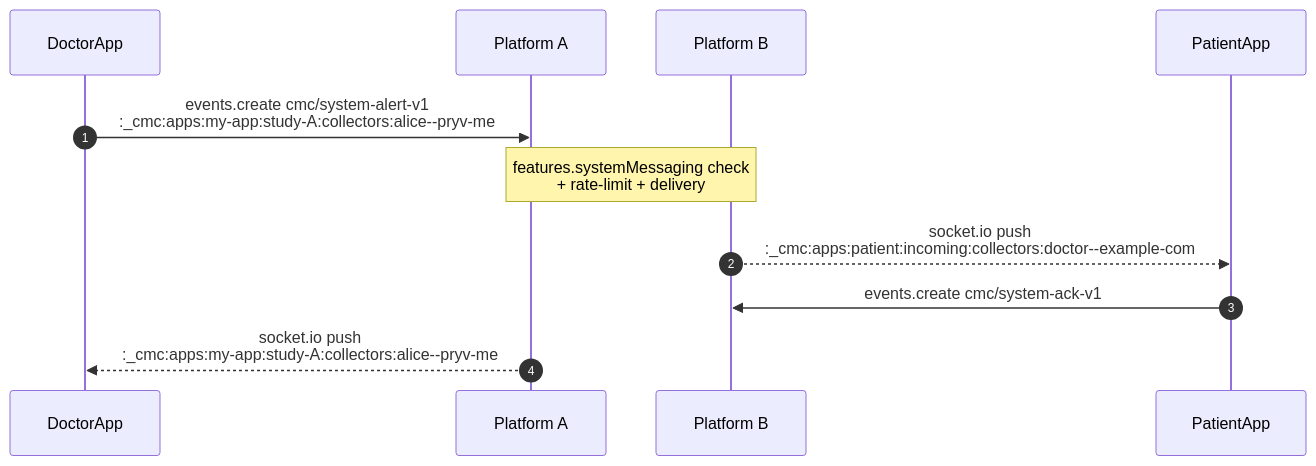
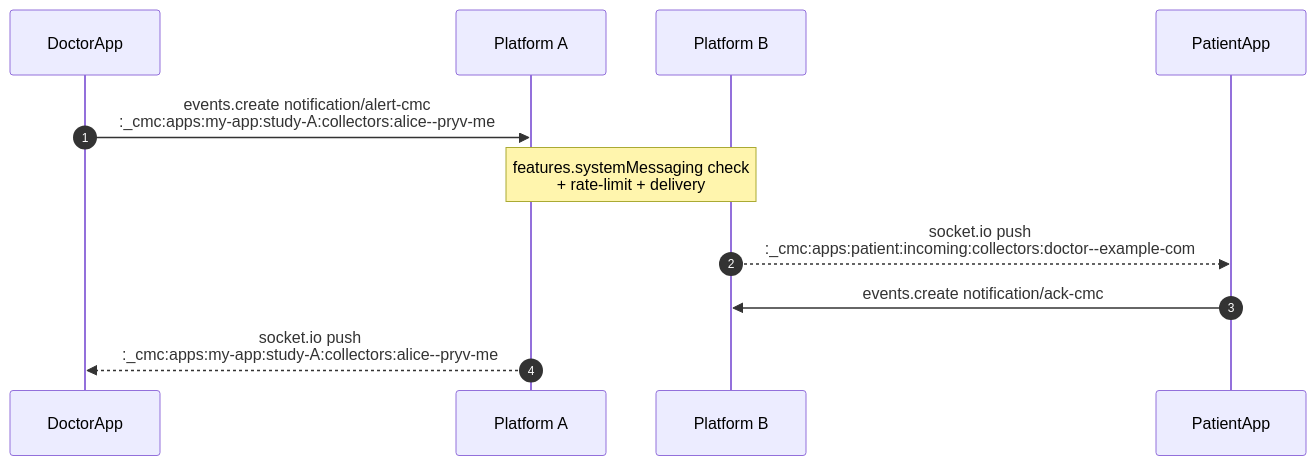
Before and after one commit to pryv/open-pryv.io: the third of 5 diagrams in components/cmc/IMPLEMENTERS-GUIDE.md, drawn with Mermaid. The commit also changed other lines of this file and 40 other files, not shown here.

````diff
--- a/components/cmc/IMPLEMENTERS-GUIDE.md
+++ b/components/cmc/IMPLEMENTERS-GUIDE.md
@@ -430,14 +430,14 @@
 ```mermaid
 sequenceDiagram
     autonumber
     participant DoctorApp
     participant PlatformA as Platform A
     participant PlatformB as Platform B
     participant PatientApp
 
-    DoctorApp->>PlatformA: events.create cmc/system-alert-v1<br/>:_cmc:apps:my-app:study-A:collectors:alice--pryv-me
+    DoctorApp->>PlatformA: events.create notification/alert-cmc<br/>:_cmc:apps:my-app:study-A:collectors:alice--pryv-me
     Note over PlatformA,PlatformB: features.systemMessaging check<br/>+ rate-limit + delivery
     PlatformB-->>PatientApp: socket.io push<br/>:_cmc:apps:patient:incoming:collectors:doctor--example-com
-    PatientApp->>PlatformB: events.create cmc/system-ack-v1
+    PatientApp->>PlatformB: events.create notification/ack-cmc
     PlatformA-->>DoctorApp: socket.io push<br/>:_cmc:apps:my-app:study-A:collectors:alice--pryv-me
 ```
````
